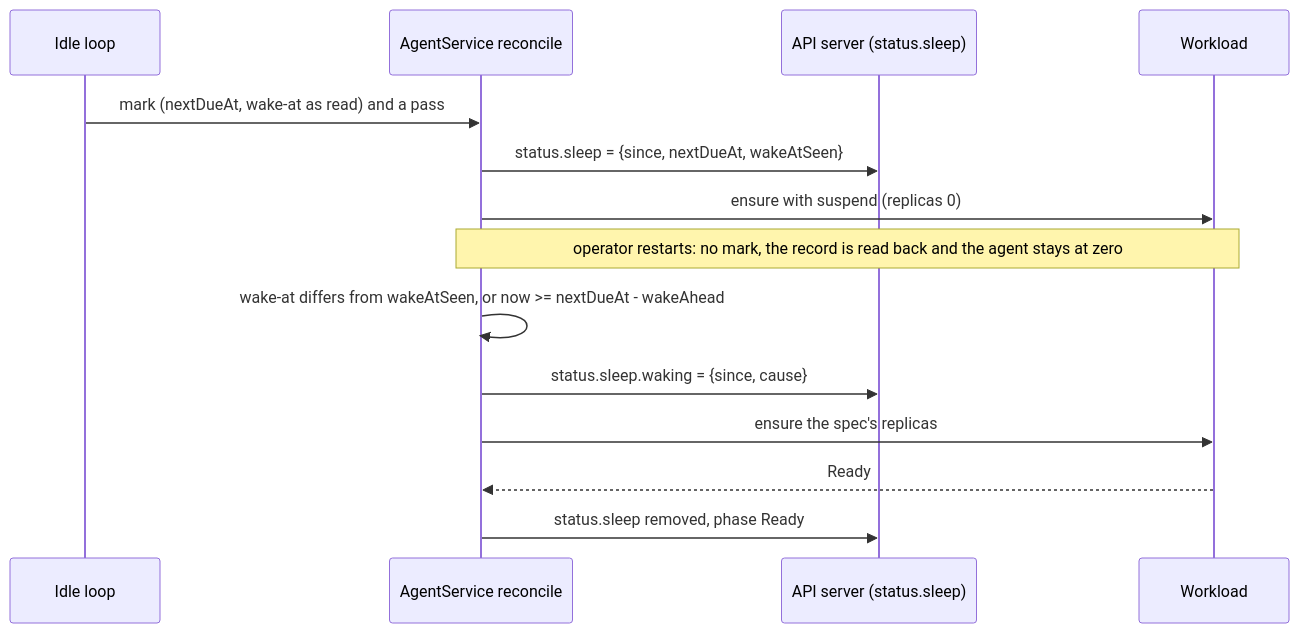
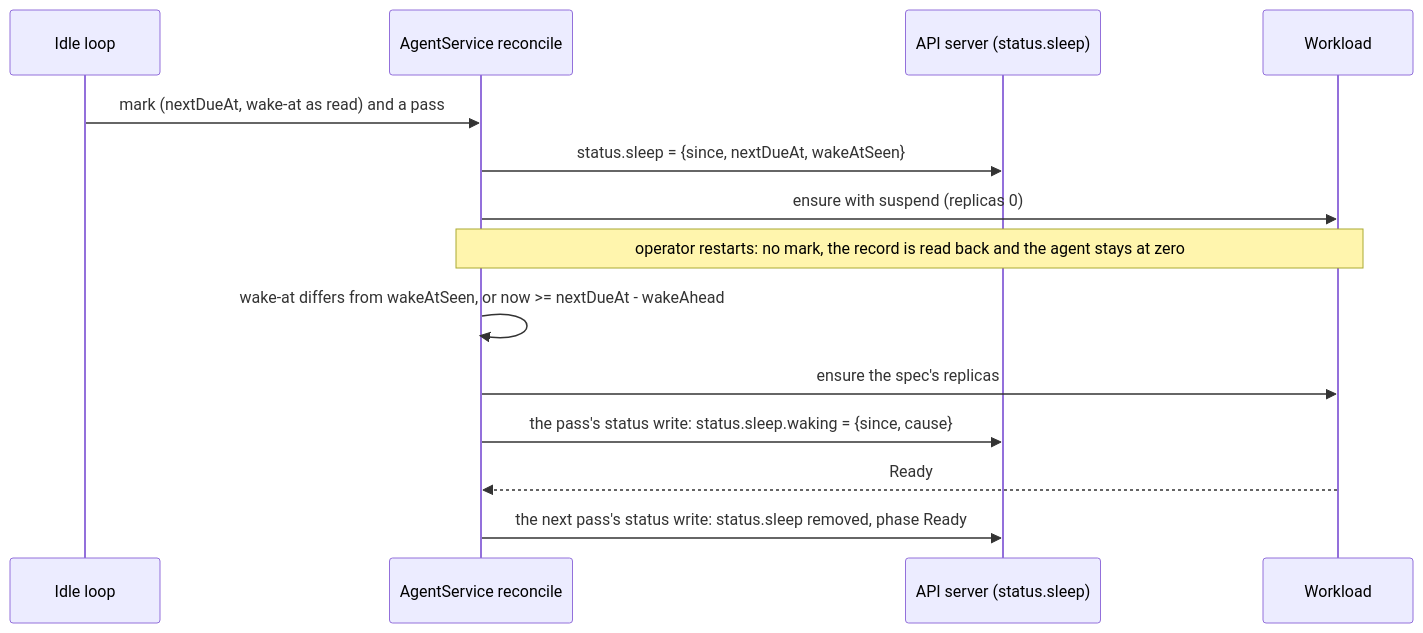
Before and after one commit to vymalo/another-agentic-platform: the fourth of 10 diagrams in docs/architecture/05-runtime.md, drawn with Mermaid. The commit also changed other lines of this file and 20 other files, not shown here.

Commit message:
fix(controller): a mark has an age, is dropped off the leader, and a sleep is never born waking (ANR-1067 review)

````diff
--- a/docs/architecture/05-runtime.md
+++ b/docs/architecture/05-runtime.md
@@ -287,16 +288,16 @@
 ```mermaid
 sequenceDiagram
     participant L as Idle loop
     participant R as AgentService reconcile
     participant API as API server (status.sleep)
     participant W as Workload
     L->>R: mark (nextDueAt, wake-at as read) and a pass
     R->>API: status.sleep = {since, nextDueAt, wakeAtSeen}
     R->>W: ensure with suspend (replicas 0)
     Note over R,W: operator restarts: no mark, the record is read back and the agent stays at zero
     R->>R: wake-at differs from wakeAtSeen, or now >= nextDueAt - wakeAhead
-    R->>API: status.sleep.waking = {since, cause}
     R->>W: ensure the spec's replicas
+    R->>API: the pass's status write: status.sleep.waking = {since, cause}
     W-->>R: Ready
-    R->>API: status.sleep removed, phase Ready
+    R->>API: the next pass's status write: status.sleep removed, phase Ready
 ```
````
